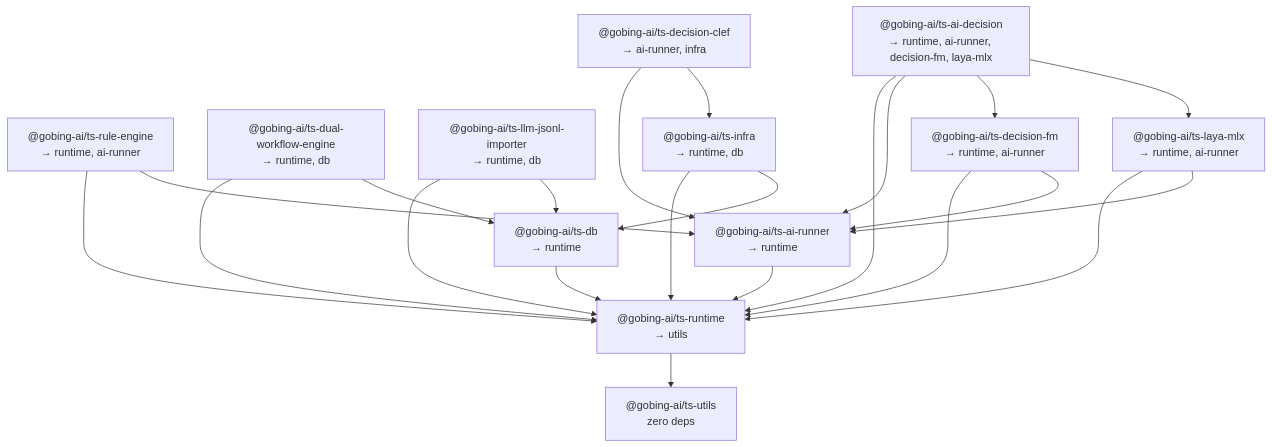
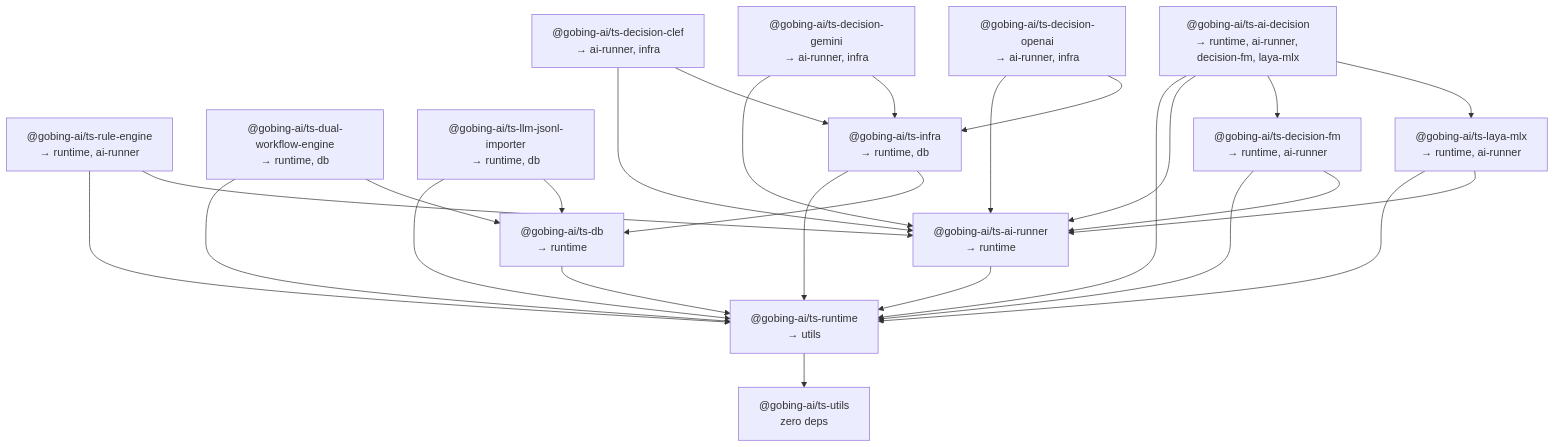
Before and after one commit to gobing-ai/ts-libs: the diagram in README.md, drawn with Mermaid. The commit also changed other lines of this file and 28 other files, not shown here.

First line of the commit message:
feat(decision): add gemini and gpt-6-luna decision driver packages (0120, 0121)

````diff
--- a/README.md
+++ b/README.md
@@ -24,37 +24,43 @@
 ```mermaid
 graph TD
     utils["@gobing-ai/ts-utils<br/>zero deps"]
     runtime["@gobing-ai/ts-runtime<br/>→ utils"]
     db["@gobing-ai/ts-db<br/>→ runtime"]
     ai-runner["@gobing-ai/ts-ai-runner<br/>→ runtime"]
     rule-engine["@gobing-ai/ts-rule-engine<br/>→ runtime, ai-runner"]
     dual["@gobing-ai/ts-dual-workflow-engine<br/>→ runtime, db"]
     importer["@gobing-ai/ts-llm-jsonl-importer<br/>→ runtime, db"]
     infra["@gobing-ai/ts-infra<br/>→ runtime, db"]
     laya-mlx["@gobing-ai/ts-laya-mlx<br/>→ runtime, ai-runner"]
     decision-fm["@gobing-ai/ts-decision-fm<br/>→ runtime, ai-runner"]
     ai-decision["@gobing-ai/ts-ai-decision<br/>→ runtime, ai-runner, decision-fm, laya-mlx"]
     decision-clef["@gobing-ai/ts-decision-clef<br/>→ ai-runner, infra"]
+    decision-gemini["@gobing-ai/ts-decision-gemini<br/>→ ai-runner, infra"]
+    decision-openai["@gobing-ai/ts-decision-openai<br/>→ ai-runner, infra"]
 
     runtime --> utils
     db --> runtime
     ai-runner --> runtime
     rule-engine --> runtime
     rule-engine --> ai-runner
     dual --> runtime
     dual --> db
     importer --> runtime
     importer --> db
     infra --> runtime
     infra --> db
     laya-mlx --> runtime
     laya-mlx --> ai-runner
     decision-fm --> runtime
     decision-fm --> ai-runner
     ai-decision --> runtime
     ai-decision --> ai-runner
     ai-decision --> decision-fm
     ai-decision --> laya-mlx
     decision-clef --> ai-runner
     decision-clef --> infra
+    decision-gemini --> ai-runner
+    decision-gemini --> infra
+    decision-openai --> ai-runner
+    decision-openai --> infra
 ```
````
